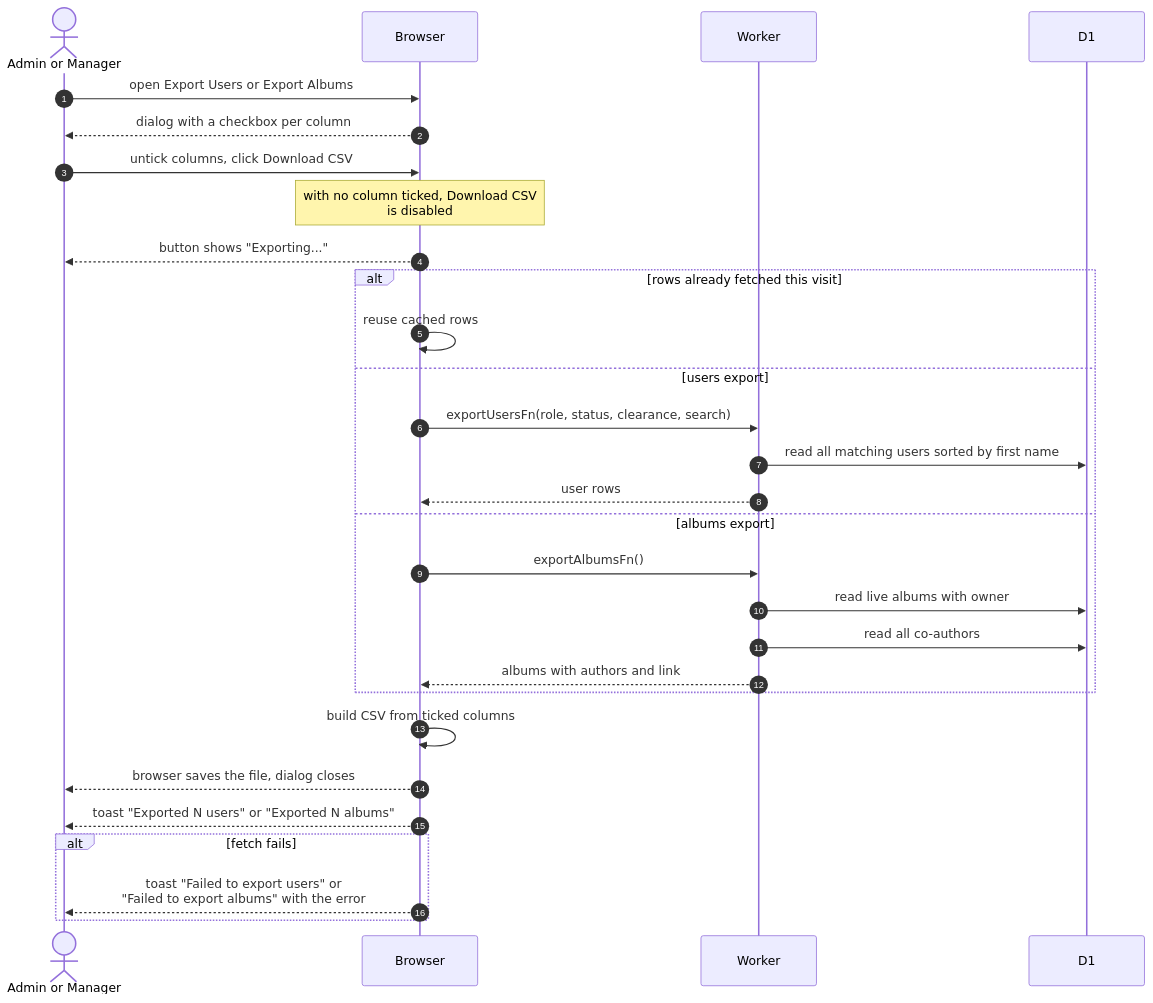
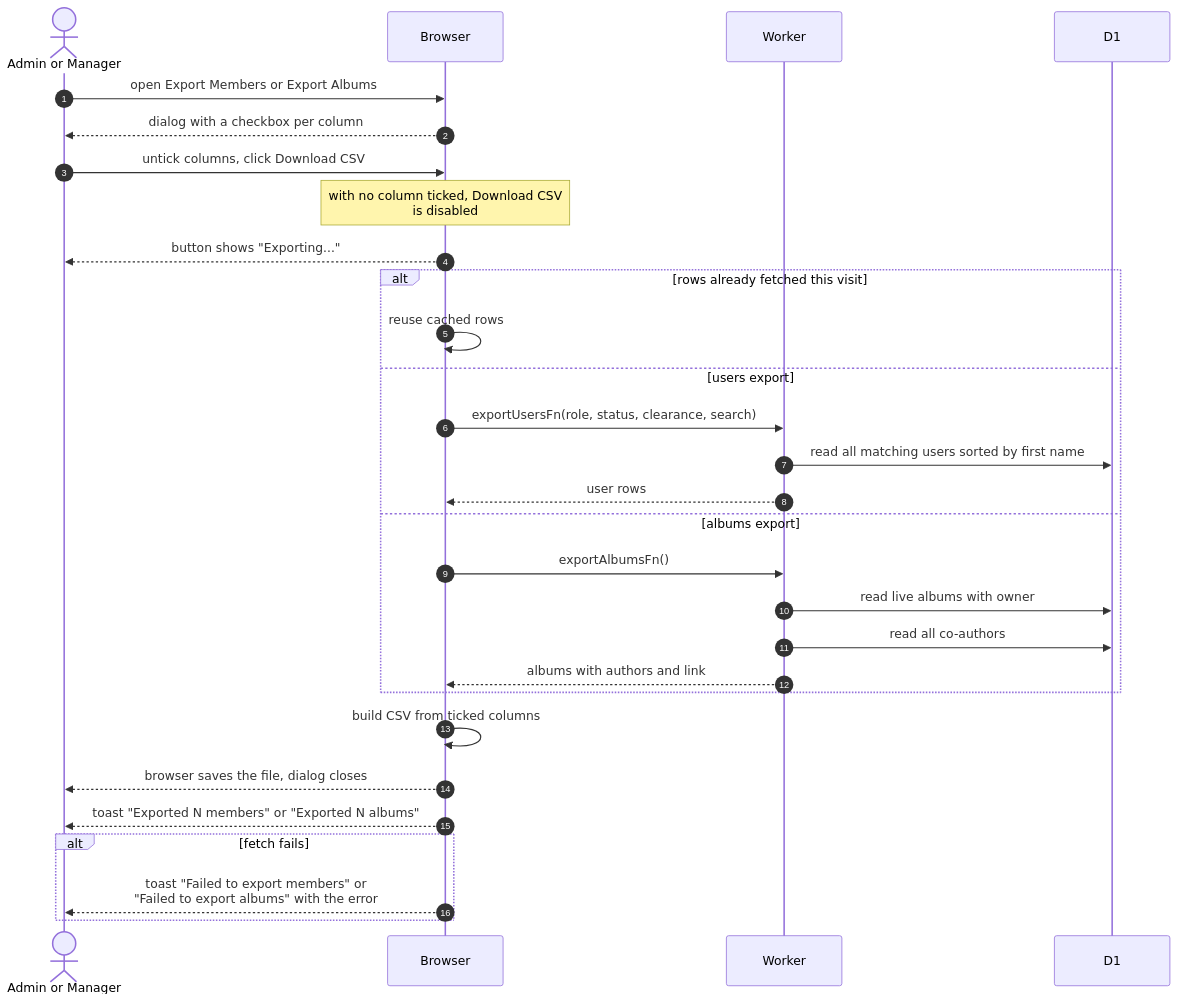
Before and after one commit to sagyzdop/meriksirat: the diagram in docs/scenarios/admin/export-csv.md, drawn with Mermaid. The commit also changed other lines of this file and 33 other files, not shown here.

````diff
--- a/docs/scenarios/admin/export-csv.md
+++ b/docs/scenarios/admin/export-csv.md
@@ -15,32 +16,32 @@
 ```mermaid
 sequenceDiagram
     autonumber
     actor Person as Admin or Manager
     participant Browser
     participant Worker
     participant D1
 
-    Person->>Browser: open Export Users or Export Albums
+    Person->>Browser: open Export Members or Export Albums
     Browser-->>Person: dialog with a checkbox per column
     Person->>Browser: untick columns, click Download CSV
     Note over Browser: with no column ticked, Download CSV<br/>is disabled
     Browser-->>Person: button shows "Exporting..."
     alt rows already fetched this visit
         Browser->>Browser: reuse cached rows
     else users export
         Browser->>Worker: exportUsersFn(role, status, clearance, search)
         Worker->>D1: read all matching users sorted by first name
         Worker-->>Browser: user rows
     else albums export
         Browser->>Worker: exportAlbumsFn()
         Worker->>D1: read live albums with owner
         Worker->>D1: read all co-authors
         Worker-->>Browser: albums with authors and link
     end
     Browser->>Browser: build CSV from ticked columns
     Browser-->>Person: browser saves the file, dialog closes
-    Browser-->>Person: toast "Exported N users" or "Exported N albums"
+    Browser-->>Person: toast "Exported N members" or "Exported N albums"
     alt fetch fails
-        Browser-->>Person: toast "Failed to export users" or<br/>"Failed to export albums" with the error
+        Browser-->>Person: toast "Failed to export members" or<br/>"Failed to export albums" with the error
     end
 ```
````
